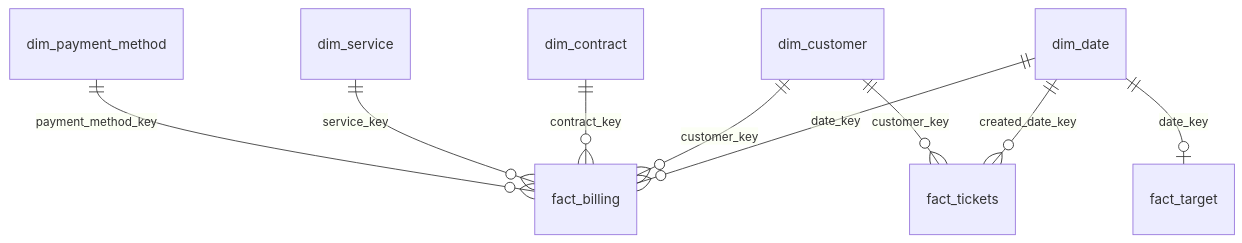
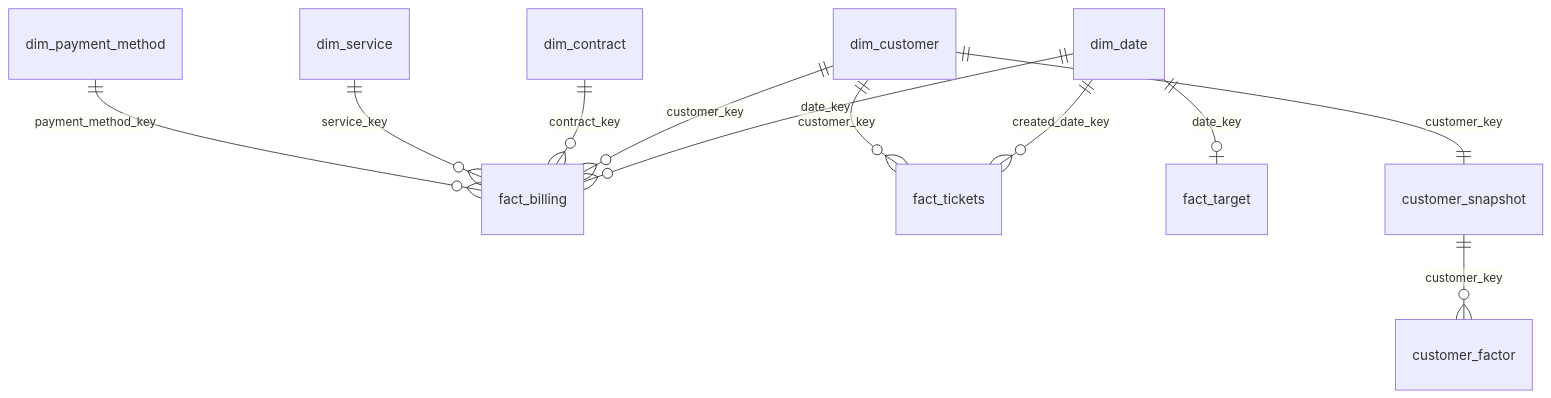
The second of 2 diagrams in README.md (duyle215/telco-churn-analytics), drawn with Mermaid before and after one commit. The commit also changed other lines of this file and 4 other files, not shown here.

````diff
--- a/README.md
+++ b/README.md
@@ -56,11 +104,13 @@
 ```mermaid
 erDiagram
     dim_date ||--o{ fact_billing : date_key
     dim_customer ||--o{ fact_billing : customer_key
     dim_contract ||--o{ fact_billing : contract_key
     dim_service ||--o{ fact_billing : service_key
     dim_payment_method ||--o{ fact_billing : payment_method_key
     dim_date ||--o{ fact_tickets : created_date_key
     dim_customer ||--o{ fact_tickets : customer_key
     dim_date ||--o| fact_target : date_key
+    dim_customer ||--|| customer_snapshot : customer_key
+    customer_snapshot ||--o{ customer_factor : customer_key
 ```
````
